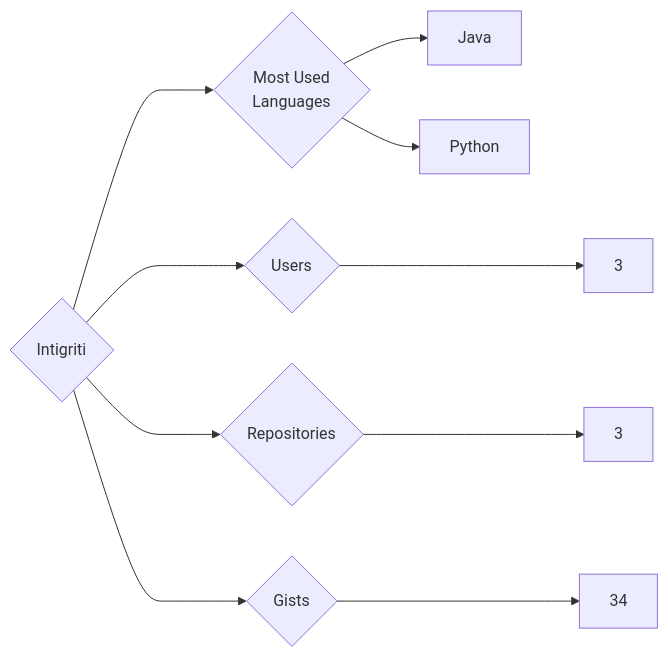
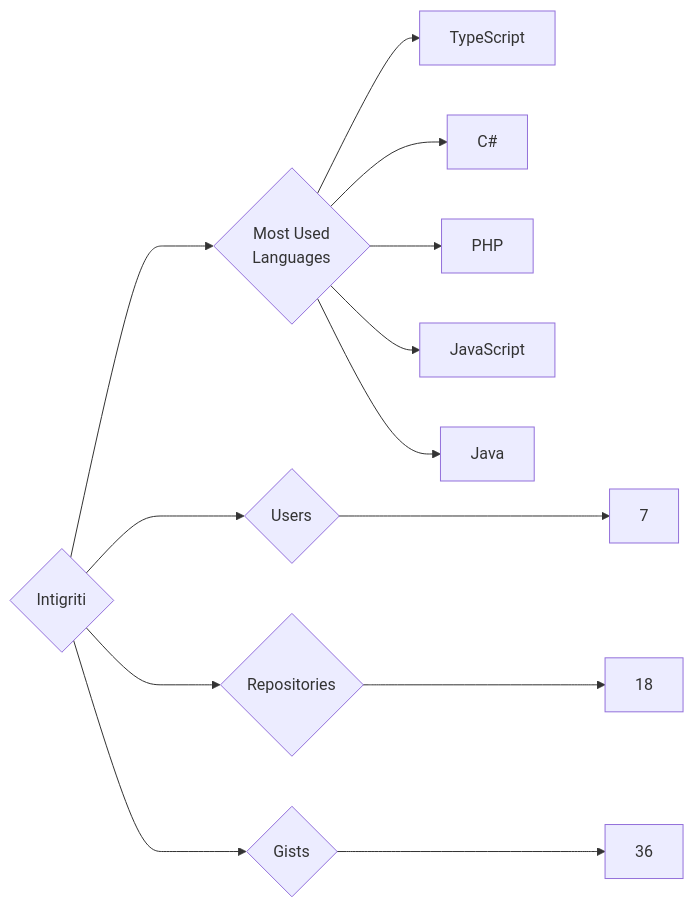
The diagram in targets/Intigriti/README.md (trickest/insiders), drawn with Mermaid before and after one commit. The commit also changed 724 other files, not shown here.

````diff
--- a/targets/Intigriti/README.md
+++ b/targets/Intigriti/README.md
@@ -3,10 +3,13 @@
 ```mermaid
 graph LR
 COMPANY_NAME{Intigriti}
-COMPANY_NAME ---> U{Users} ---> UN[3]
-COMPANY_NAME ---> R{Repositories} ---> RN[3]
-COMPANY_NAME ---> G{Gists} ---> GN[34]
+COMPANY_NAME ---> U{Users} ---> UN[7]
+COMPANY_NAME ---> R{Repositories} ---> RN[18]
+COMPANY_NAME ---> G{Gists} ---> GN[36]
 COMPANY_NAME ---> ML{Most Used<br>Languages}
+ML --> TypeScript[TypeScript]
+ML --> C#[C#]
+ML --> PHP[PHP]
+ML --> JavaScript[JavaScript]
 ML --> Java[Java]
-ML --> Python[Python]
 ```
````
